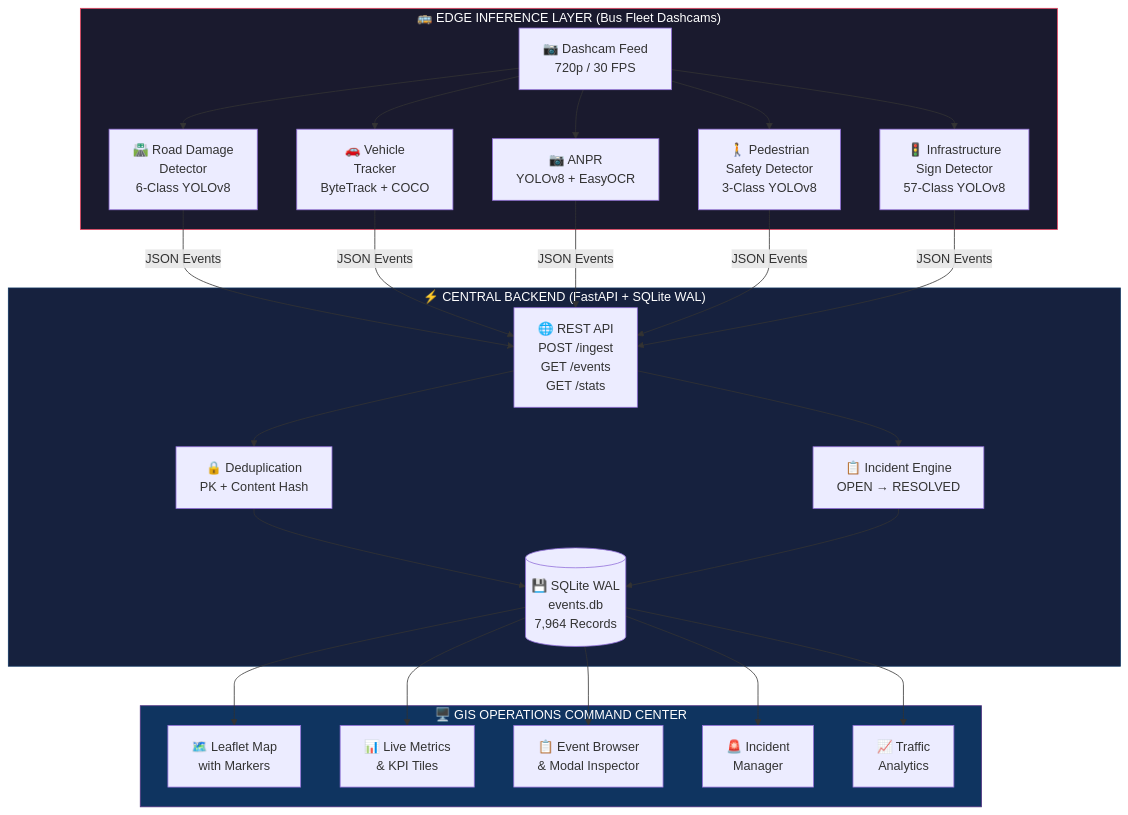
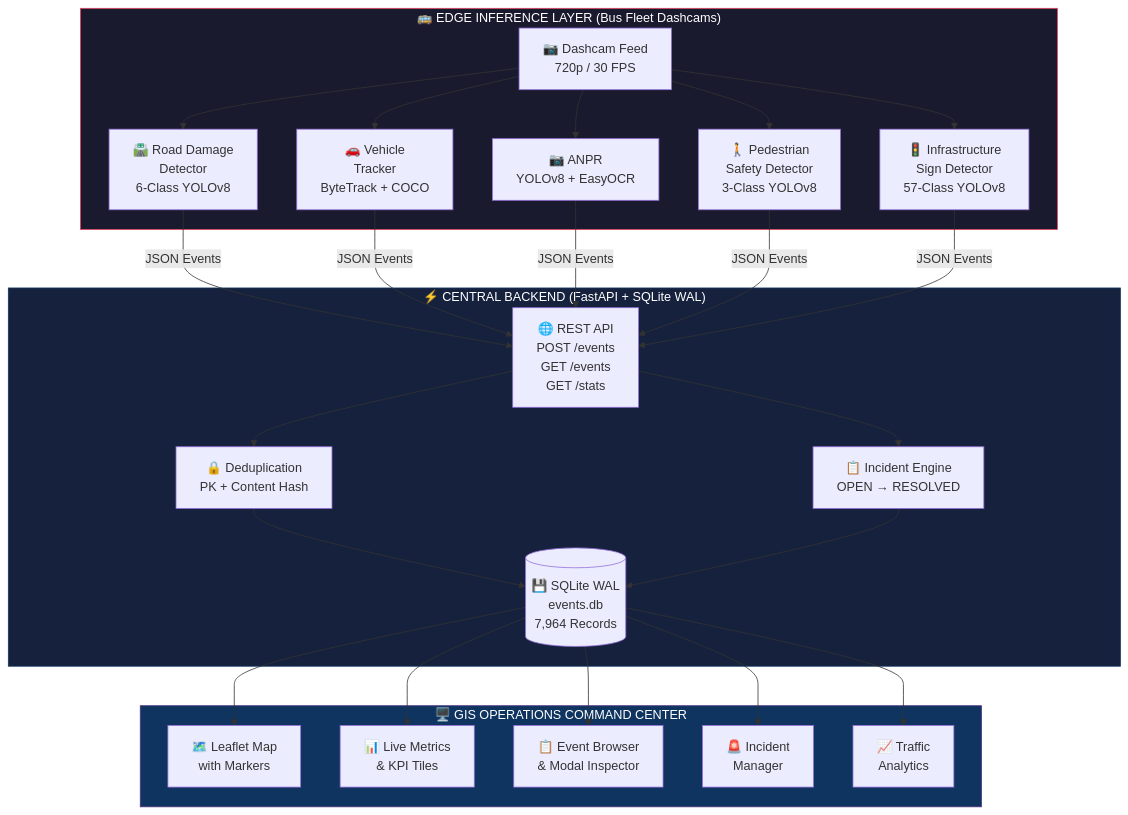
The second of 15 diagrams in README.md (Sushantcod/sih2026-sankalp), drawn with Mermaid before and after one commit. The commit also changed other lines of this file and 56 other files, not shown here.

````diff
--- a/README.md
+++ b/README.md
@@ -118,52 +182,52 @@
 ```mermaid
 graph TB
     subgraph EDGE["🚌 EDGE INFERENCE LAYER (Bus Fleet Dashcams)"]
         CAM[📷 Dashcam Feed<br/>720p / 30 FPS]
         RD[🛣️ Road Damage<br/>Detector<br/>6-Class YOLOv8]
         VT[🚗 Vehicle<br/>Tracker<br/>ByteTrack + COCO]
         ANPR[📷 ANPR<br/>YOLOv8 + EasyOCR]
         PED[🚶 Pedestrian<br/>Safety Detector<br/>3-Class YOLOv8]
         INF[🚦 Infrastructure<br/>Sign Detector<br/>57-Class YOLOv8]
     end
 
     CAM --> RD
     CAM --> VT
     CAM --> ANPR
     CAM --> PED
     CAM --> INF
 
     subgraph BACKEND["⚡ CENTRAL BACKEND (FastAPI + SQLite WAL)"]
-        API[🌐 REST API<br/>POST /ingest<br/>GET /events<br/>GET /stats]
+        API[🌐 REST API<br/>POST /events<br/>GET /events<br/>GET /stats]
         DEDUP[🔒 Deduplication<br/>PK + Content Hash]
         INC[📋 Incident Engine<br/>OPEN → RESOLVED]
         DB[(💾 SQLite WAL<br/>events.db<br/>7,964 Records)]
     end
 
     RD -->|JSON Events| API
     VT -->|JSON Events| API
     ANPR -->|JSON Events| API
     PED -->|JSON Events| API
     INF -->|JSON Events| API
     API --> DEDUP
     DEDUP --> DB
     API --> INC
     INC --> DB
 
     subgraph DASHBOARD["🖥️ GIS OPERATIONS COMMAND CENTER"]
         MAP[🗺️ Leaflet Map<br/>with Markers]
         METRICS[📊 Live Metrics<br/>& KPI Tiles]
         EVENTS[📋 Event Browser<br/>& Modal Inspector]
         INCIDENTS[🚨 Incident<br/>Manager]
         ANALYTICS[📈 Traffic<br/>Analytics]
     end
 
     DB --> MAP
     DB --> METRICS
     DB --> EVENTS
     DB --> INCIDENTS
     DB --> ANALYTICS
 
     style EDGE fill:#1a1a2e,stroke:#e94560,color:#fff
     style BACKEND fill:#16213e,stroke:#0f3460,color:#fff
     style DASHBOARD fill:#0f3460,stroke:#533483,color:#fff
 ```
````
